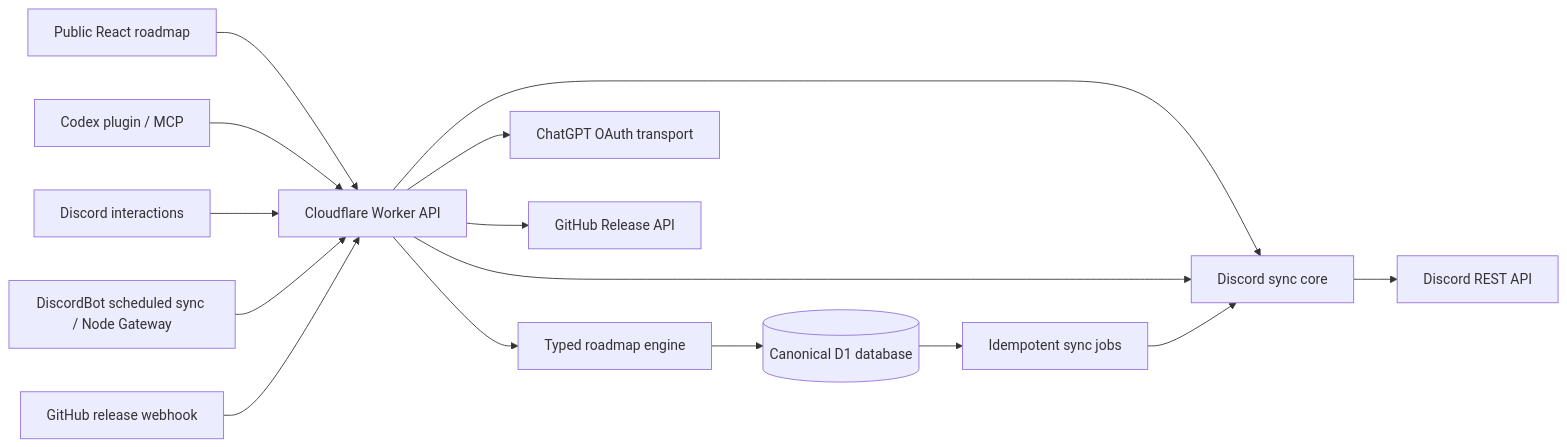
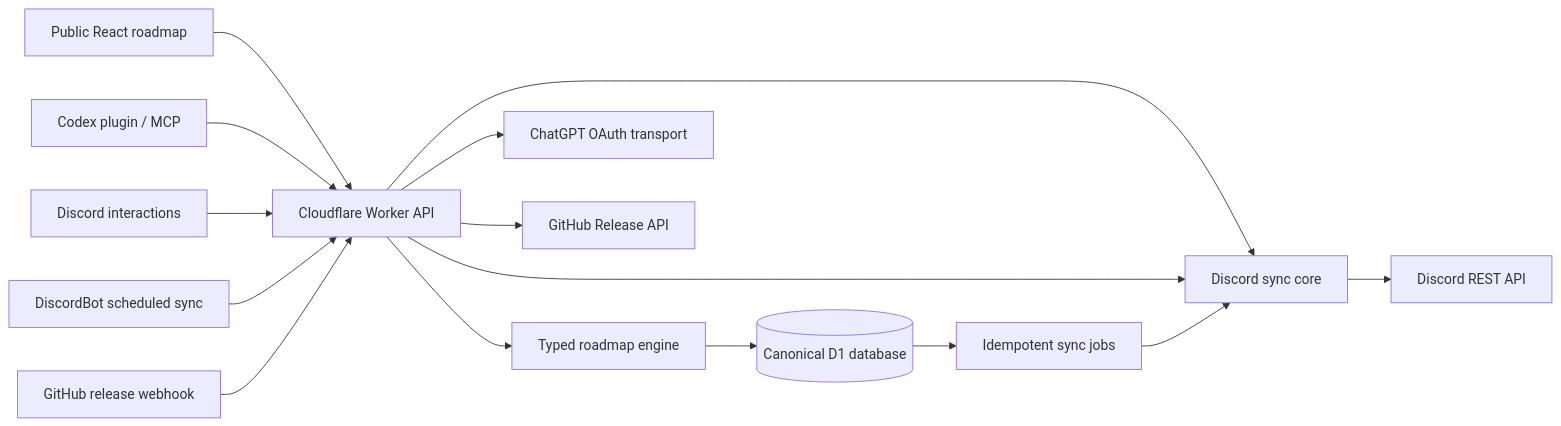
Before and after one commit to SakuraCordApp/Roadmap: the diagram in README.md, drawn with Mermaid. The commit also changed other lines of this file and 58 other files, not shown here.

````diff
--- a/README.md
+++ b/README.md
@@ -44,17 +43,17 @@
 ```mermaid
 flowchart LR
   UI["Public React roadmap"] --> API["Cloudflare Worker API"]
   MCP["Codex plugin / MCP"] --> API
   DI["Discord interactions"] --> API
-  BOT["DiscordBot scheduled sync / Node Gateway"] --> API
+  BOT["DiscordBot scheduled sync"] --> API
   API --> SYNC["Discord sync core"]
   API --> CORE["Typed roadmap engine"]
   API --> SYNC
   CORE --> D1[("Canonical D1 database")]
   D1 --> JOBS["Idempotent sync jobs"]
   JOBS --> SYNC
   SYNC --> DR["Discord REST API"]
   GH["GitHub release webhook"] --> API
   API --> AI["ChatGPT OAuth transport"]
   API --> GR["GitHub Release API"]
 ```
````
